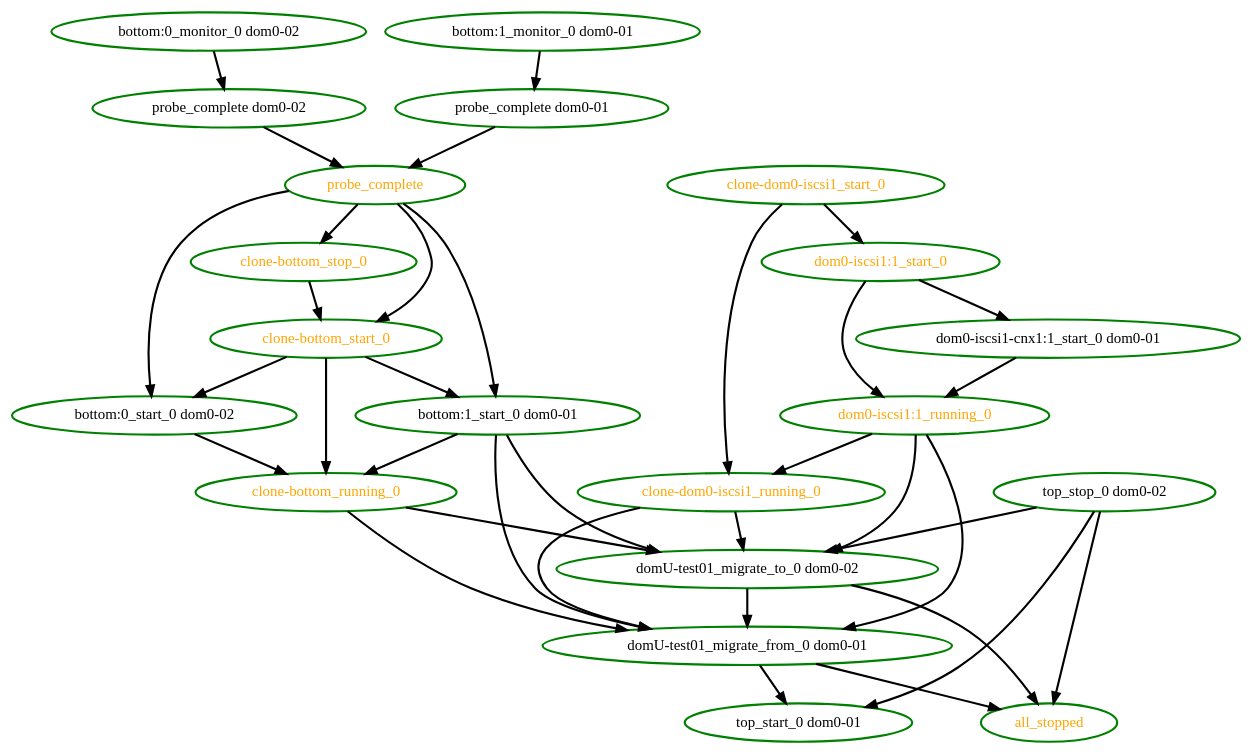
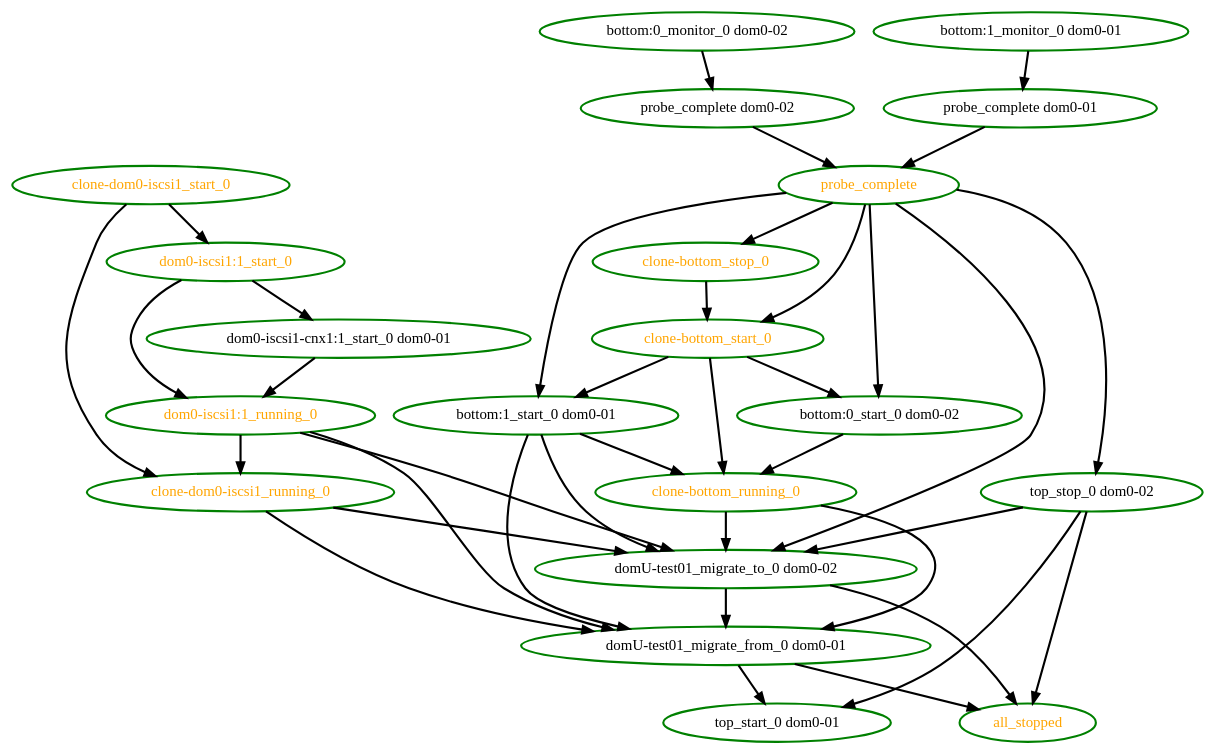
Before and after one commit to linux-ha-japan/pm_diskd: the diagram in pengine/test10/migrate-start-complex.dot, drawn with Graphviz. The commit also changed 22 other files, not shown here.

```diff
--- a/pengine/test10/migrate-start-complex.dot
+++ b/pengine/test10/migrate-start-complex.dot
@@ -1,57 +1,59 @@
 digraph "g" {
 "all_stopped" [ style=bold color="green" fontcolor="orange"  ]
 "bottom:0_monitor_0 dom0-02" -> "probe_complete dom0-02" [ style = bold]
 "bottom:0_monitor_0 dom0-02" [ style=bold color="green" fontcolor="black"  ]
 "bottom:0_start_0 dom0-02" -> "clone-bottom_running_0" [ style = bold]
 "bottom:0_start_0 dom0-02" [ style=bold color="green" fontcolor="black"  ]
 "bottom:1_monitor_0 dom0-01" -> "probe_complete dom0-01" [ style = bold]
 "bottom:1_monitor_0 dom0-01" [ style=bold color="green" fontcolor="black"  ]
 "bottom:1_start_0 dom0-01" -> "clone-bottom_running_0" [ style = bold]
 "bottom:1_start_0 dom0-01" -> "domU-test01_migrate_from_0 dom0-01" [ style = bold]
 "bottom:1_start_0 dom0-01" -> "domU-test01_migrate_to_0 dom0-02" [ style = bold]
 "bottom:1_start_0 dom0-01" [ style=bold color="green" fontcolor="black"  ]
 "clone-bottom_running_0" -> "domU-test01_migrate_from_0 dom0-01" [ style = bold]
 "clone-bottom_running_0" -> "domU-test01_migrate_to_0 dom0-02" [ style = bold]
 "clone-bottom_running_0" [ style=bold color="green" fontcolor="orange"  ]
 "clone-bottom_start_0" -> "bottom:0_start_0 dom0-02" [ style = bold]
 "clone-bottom_start_0" -> "bottom:1_start_0 dom0-01" [ style = bold]
 "clone-bottom_start_0" -> "clone-bottom_running_0" [ style = bold]
 "clone-bottom_start_0" [ style=bold color="green" fontcolor="orange"  ]
 "clone-bottom_stop_0" -> "clone-bottom_start_0" [ style = bold]
 "clone-bottom_stop_0" [ style=bold color="green" fontcolor="orange"  ]
 "clone-dom0-iscsi1_running_0" -> "domU-test01_migrate_from_0 dom0-01" [ style = bold]
 "clone-dom0-iscsi1_running_0" -> "domU-test01_migrate_to_0 dom0-02" [ style = bold]
 "clone-dom0-iscsi1_running_0" [ style=bold color="green" fontcolor="orange"  ]
 "clone-dom0-iscsi1_start_0" -> "clone-dom0-iscsi1_running_0" [ style = bold]
 "clone-dom0-iscsi1_start_0" -> "dom0-iscsi1:1_start_0" [ style = bold]
 "clone-dom0-iscsi1_start_0" [ style=bold color="green" fontcolor="orange"  ]
 "dom0-iscsi1-cnx1:1_start_0 dom0-01" -> "dom0-iscsi1:1_running_0" [ style = bold]
 "dom0-iscsi1-cnx1:1_start_0 dom0-01" [ style=bold color="green" fontcolor="black"  ]
 "dom0-iscsi1:1_running_0" -> "clone-dom0-iscsi1_running_0" [ style = bold]
 "dom0-iscsi1:1_running_0" -> "domU-test01_migrate_from_0 dom0-01" [ style = bold]
 "dom0-iscsi1:1_running_0" -> "domU-test01_migrate_to_0 dom0-02" [ style = bold]
 "dom0-iscsi1:1_running_0" [ style=bold color="green" fontcolor="orange"  ]
 "dom0-iscsi1:1_start_0" -> "dom0-iscsi1-cnx1:1_start_0 dom0-01" [ style = bold]
 "dom0-iscsi1:1_start_0" -> "dom0-iscsi1:1_running_0" [ style = bold]
 "dom0-iscsi1:1_start_0" [ style=bold color="green" fontcolor="orange"  ]
 "domU-test01_migrate_from_0 dom0-01" -> "all_stopped" [ style = bold]
 "domU-test01_migrate_from_0 dom0-01" -> "top_start_0 dom0-01" [ style = bold]
 "domU-test01_migrate_from_0 dom0-01" [ style=bold color="green" fontcolor="black"  ]
 "domU-test01_migrate_to_0 dom0-02" -> "all_stopped" [ style = bold]
 "domU-test01_migrate_to_0 dom0-02" -> "domU-test01_migrate_from_0 dom0-01" [ style = bold]
 "domU-test01_migrate_to_0 dom0-02" [ style=bold color="green" fontcolor="black"  ]
 "probe_complete dom0-01" -> "probe_complete" [ style = bold]
 "probe_complete dom0-01" [ style=bold color="green" fontcolor="black"  ]
 "probe_complete dom0-02" -> "probe_complete" [ style = bold]
 "probe_complete dom0-02" [ style=bold color="green" fontcolor="black"  ]
 "probe_complete" -> "bottom:0_start_0 dom0-02" [ style = bold]
 "probe_complete" -> "bottom:1_start_0 dom0-01" [ style = bold]
 "probe_complete" -> "clone-bottom_start_0" [ style = bold]
 "probe_complete" -> "clone-bottom_stop_0" [ style = bold]
+"probe_complete" -> "domU-test01_migrate_to_0 dom0-02" [ style = bold]
+"probe_complete" -> "top_stop_0 dom0-02" [ style = bold]
 "probe_complete" [ style=bold color="green" fontcolor="orange"  ]
 "top_start_0 dom0-01" [ style=bold color="green" fontcolor="black"  ]
 "top_stop_0 dom0-02" -> "all_stopped" [ style = bold]
 "top_stop_0 dom0-02" -> "domU-test01_migrate_to_0 dom0-02" [ style = bold]
 "top_stop_0 dom0-02" -> "top_start_0 dom0-01" [ style = bold]
 "top_stop_0 dom0-02" [ style=bold color="green" fontcolor="black"  ]
 }
```
